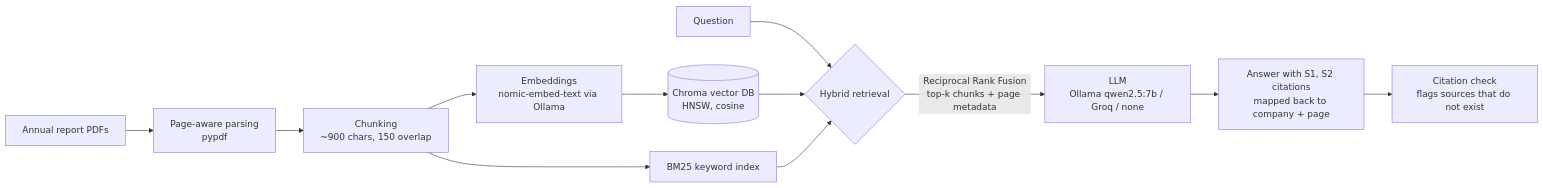
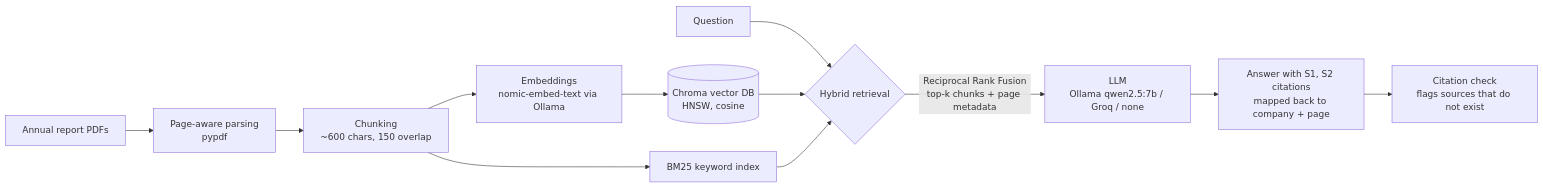
Before and after one commit to programmermars/bursa-project: the diagram in README.md, drawn with Mermaid. The commit also changed other lines of this file and 7 other files, not shown here.

````diff
--- a/README.md
+++ b/README.md
@@ -17,14 +17,14 @@
 ```mermaid
 flowchart LR
     A[Annual report PDFs] --> B[Page-aware parsing<br/>pypdf]
-    B --> C[Chunking<br/>~900 chars, 150 overlap]
+    B --> C[Chunking<br/>~600 chars, 150 overlap]
     C --> D[Embeddings<br/>nomic-embed-text via Ollama]
     C --> E[BM25 keyword index]
     D --> F[(Chroma vector DB<br/>HNSW, cosine)]
     Q[Question] --> G{Hybrid retrieval}
     F --> G
     E --> G
     G -->|Reciprocal Rank Fusion<br/>top-k chunks + page metadata| H[LLM<br/>Ollama qwen2.5:7b / Groq / none]
     H --> I["Answer with S1, S2 citations<br/>mapped back to company + page"]
     I --> J[Citation check<br/>flags sources that do not exist]
 ```
````
